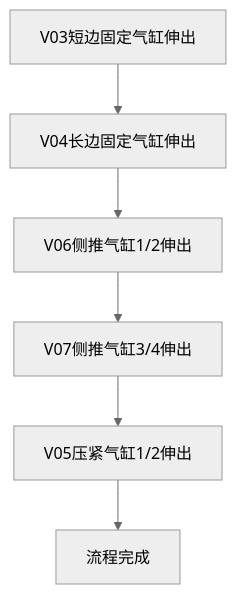
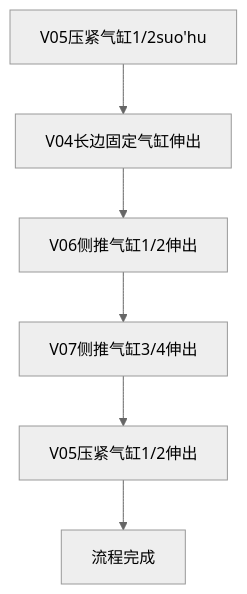
One commit to PengKun1/iodraw-files changed the diagram in all/OP10气缸打开流程.md. Above: the diagram before and after it, drawn with Mermaid (neutral theme).

Commit message:
2024-08-05 16:38:23 update

````diff
--- a/all/OP10气缸打开流程.md
+++ b/all/OP10气缸打开流程.md
@@ -1,9 +1,9 @@
 ```mermaid
 graph TD
-10[V03短边固定气缸伸出]-->20
+10[V05压紧气缸1/2suo'hu]-->20
 20[V04长边固定气缸伸出]-->30
 30[V06侧推气缸1/2伸出]-->40
 40[V07侧推气缸3/4伸出]-->50
 50[V05压紧气缸1/2伸出]-->60
 60[流程完成]
 ```
````
